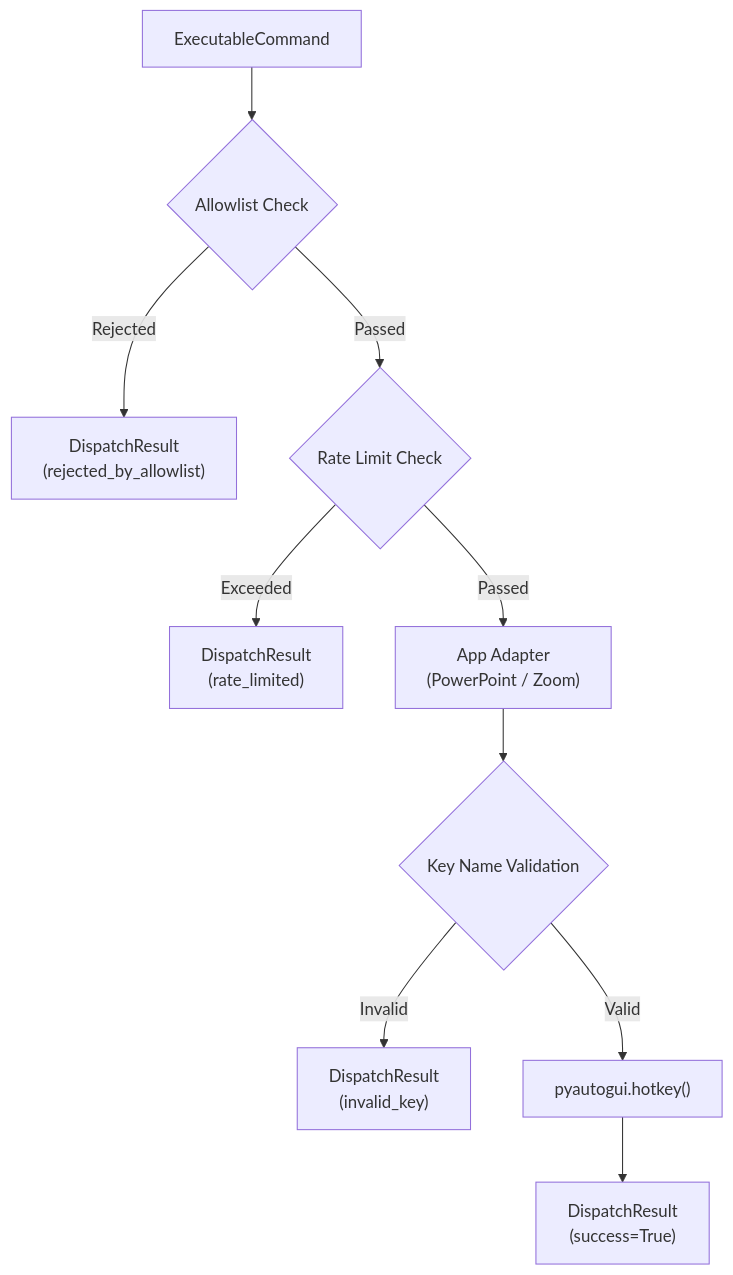
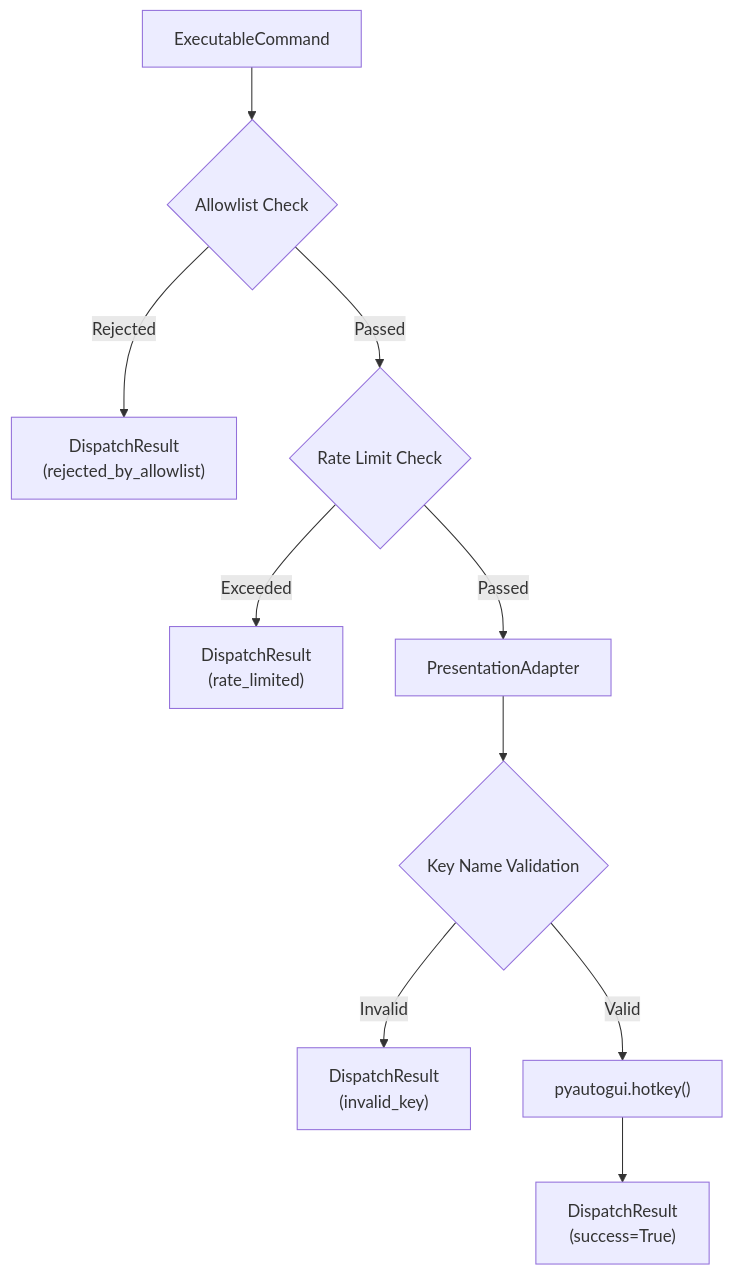
One commit to ntsrigaud/Maestro changed the fifth of 6 diagrams in docs/architecture/process-view.md. Above: the diagram before and after it, drawn with Mermaid. The commit also changed other lines of this file, not shown here.

Commit message:
docs: update process view diagram for two-stream LSTM and presentation adapter

````diff
--- a/docs/architecture/process-view.md
+++ b/docs/architecture/process-view.md
@@ -154,12 +154,12 @@
 ```mermaid
 graph TD
     Cmd["ExecutableCommand"] --> Allow{Allowlist Check}
     Allow -->|Rejected| Fail1["DispatchResult<br/>(rejected_by_allowlist)"]
     Allow -->|Passed| Rate{Rate Limit Check}
     Rate -->|Exceeded| Fail2["DispatchResult<br/>(rate_limited)"]
-    Rate -->|Passed| Adapter["App Adapter<br/>(PowerPoint / Zoom)"]
+    Rate -->|Passed| Adapter["PresentationAdapter"]
     Adapter --> KeyValidate{Key Name Validation}
     KeyValidate -->|Invalid| Fail3["DispatchResult<br/>(invalid_key)"]
     KeyValidate -->|Valid| Execute["pyautogui.hotkey()"]
     Execute --> Success["DispatchResult<br/>(success=True)"]
 ```
````
